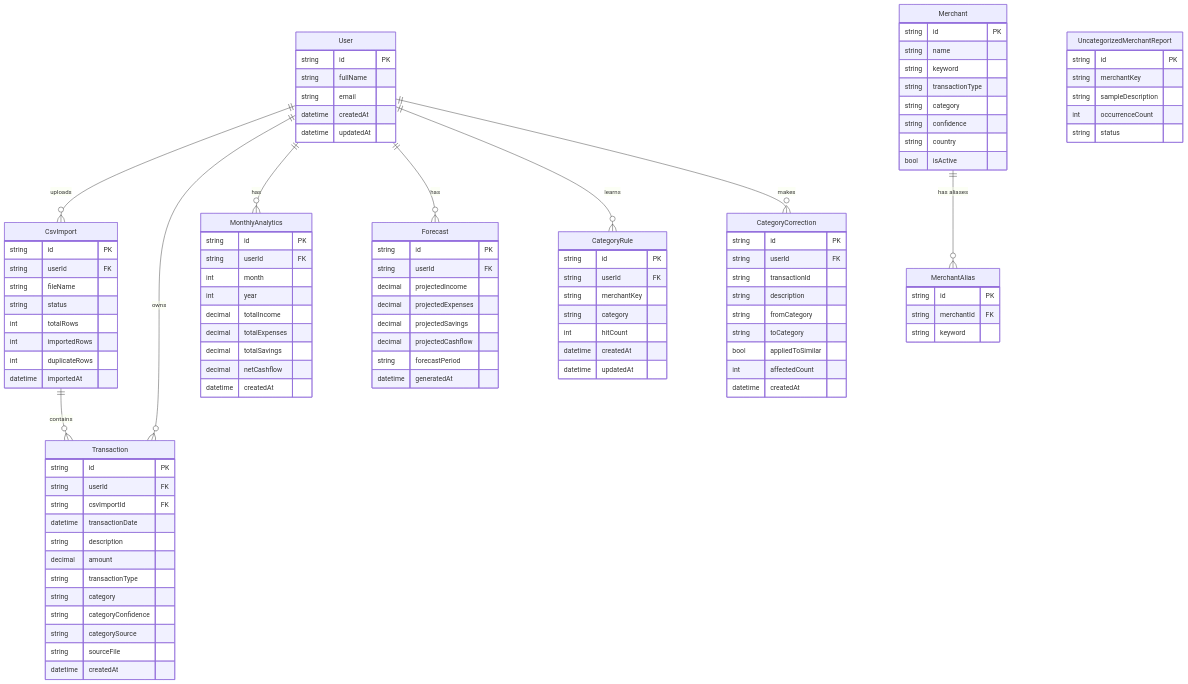
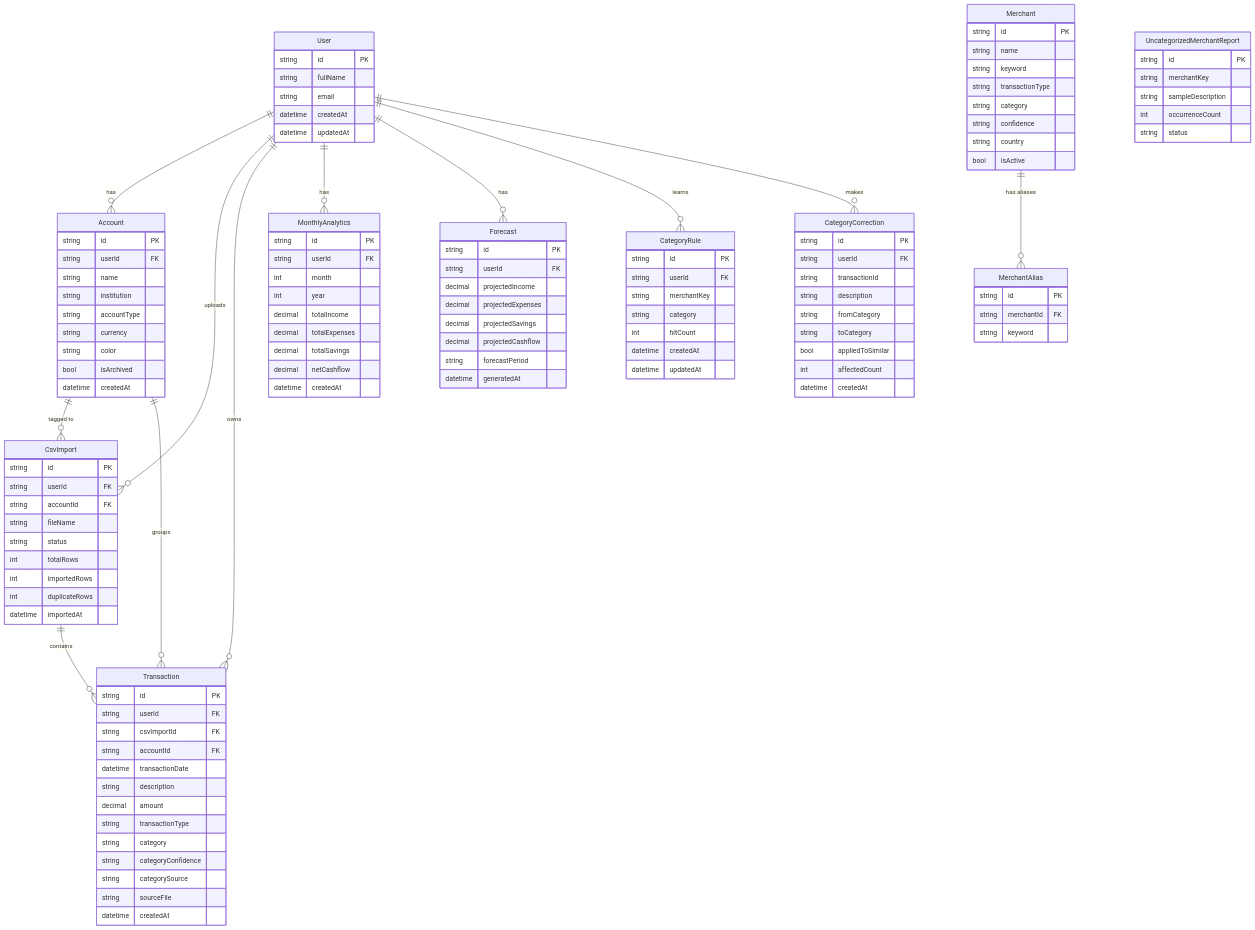
One commit to Robert-A2/freelancer-dashboard changed the diagram in docs/DATABASE.md. Above: the diagram before and after it, drawn with Mermaid. The commit also changed other lines of this file and 10 other files, not shown here.

First line of the commit message:
feat: multi-account architecture — per-account transaction identity and import flow

````diff
--- a/docs/DATABASE.md
+++ b/docs/DATABASE.md
@@ -36,5 +36,6 @@
 ```mermaid
 erDiagram
+    User ||--o{ Account : "has"
     User ||--o{ CsvImport : "uploads"
     User ||--o{ Transaction : "owns"
     User ||--o{ MonthlyAnalytics : "has"
@@ -42,6 +43,8 @@
     User ||--o{ CategoryRule : "learns"
     User ||--o{ CategoryCorrection : "makes"
 
+    Account ||--o{ CsvImport : "tagged to"
+    Account ||--o{ Transaction : "groups"
     CsvImport ||--o{ Transaction : "contains"
 
     Merchant ||--o{ MerchantAlias : "has aliases"
@@ -54,9 +57,22 @@
         datetime updatedAt
     }
 
+    Account {
+        string id PK
+        string userId FK
+        string name
+        string institution
+        string accountType
+        string currency
+        string color
+        bool isArchived
+        datetime createdAt
+    }
+
     CsvImport {
         string id PK
         string userId FK
+        string accountId FK
         string fileName
         string status
         int totalRows
@@ -69,6 +85,7 @@
         string id PK
         string userId FK
         string csvImportId FK
+        string accountId FK
         datetime transactionDate
         string description
         decimal amount
````
